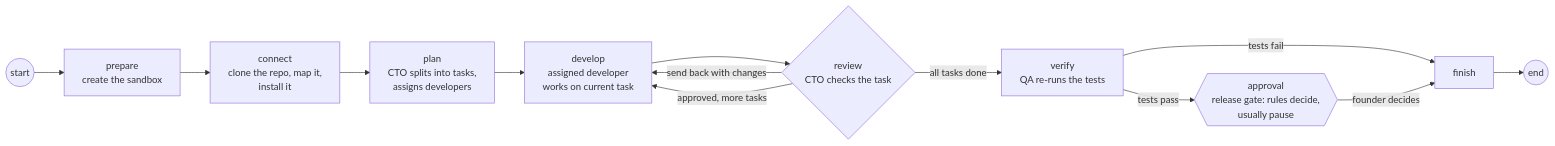
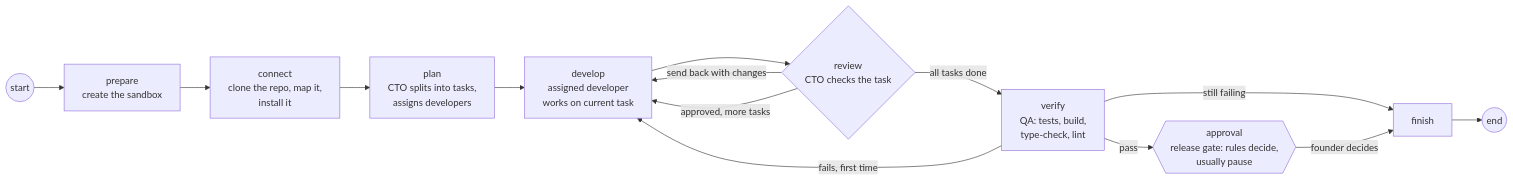
One commit to medhalabs/MedhKarm changed the diagram in docs/technical/features/workflows.md. Above: the diagram before and after it, drawn with Mermaid. The commit also changed other lines of this file and 14 other files, not shown here.

````diff
--- a/docs/technical/features/workflows.md
+++ b/docs/technical/features/workflows.md
@@ -13,15 +13,16 @@
 ```mermaid
 flowchart LR
     S((start)) --> PR[prepare<br/>create the sandbox]
     PR --> C[connect<br/>clone the repo, map it,<br/>install it]
     C --> P[plan<br/>CTO splits into tasks,<br/>assigns developers]
     P --> D[develop<br/>assigned developer<br/>works on current task]
     D --> R{review<br/>CTO checks the task}
     R -->|send back with changes| D
     R -->|approved, more tasks| D
-    R -->|all tasks done| V[verify<br/>QA re-runs the tests]
-    V -->|tests pass| A{{approval<br/>release gate: rules decide,<br/>usually pause}}
-    V -->|tests fail| F[finish]
+    R -->|all tasks done| V[verify<br/>QA: tests, build,<br/>type-check, lint]
+    V -->|fails, first time| D
+    V -->|pass| A{{approval<br/>release gate: rules decide,<br/>usually pause}}
+    V -->|still failing| F[finish]
     A -->|founder decides| F
     F --> E((end))
 ```
````
